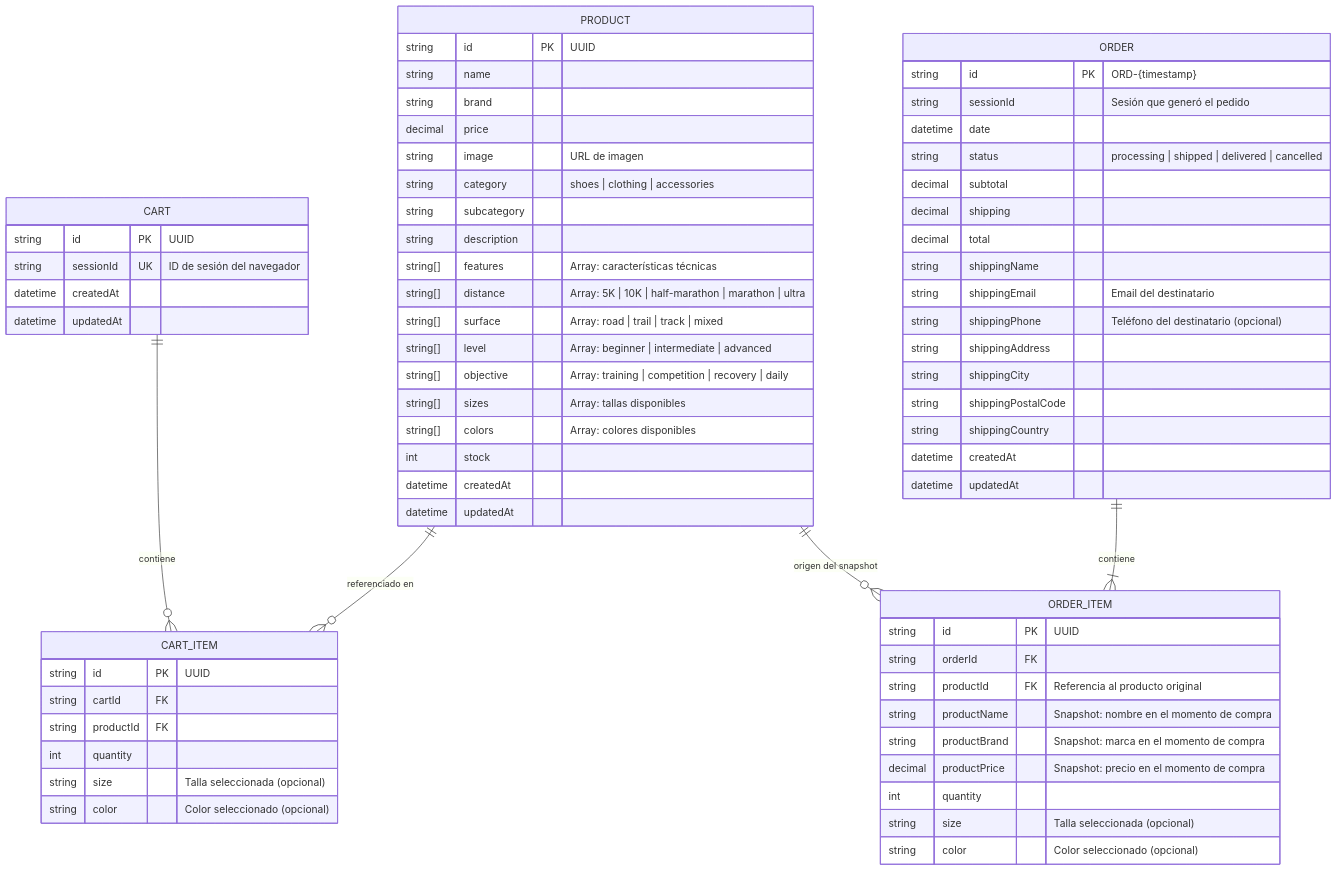
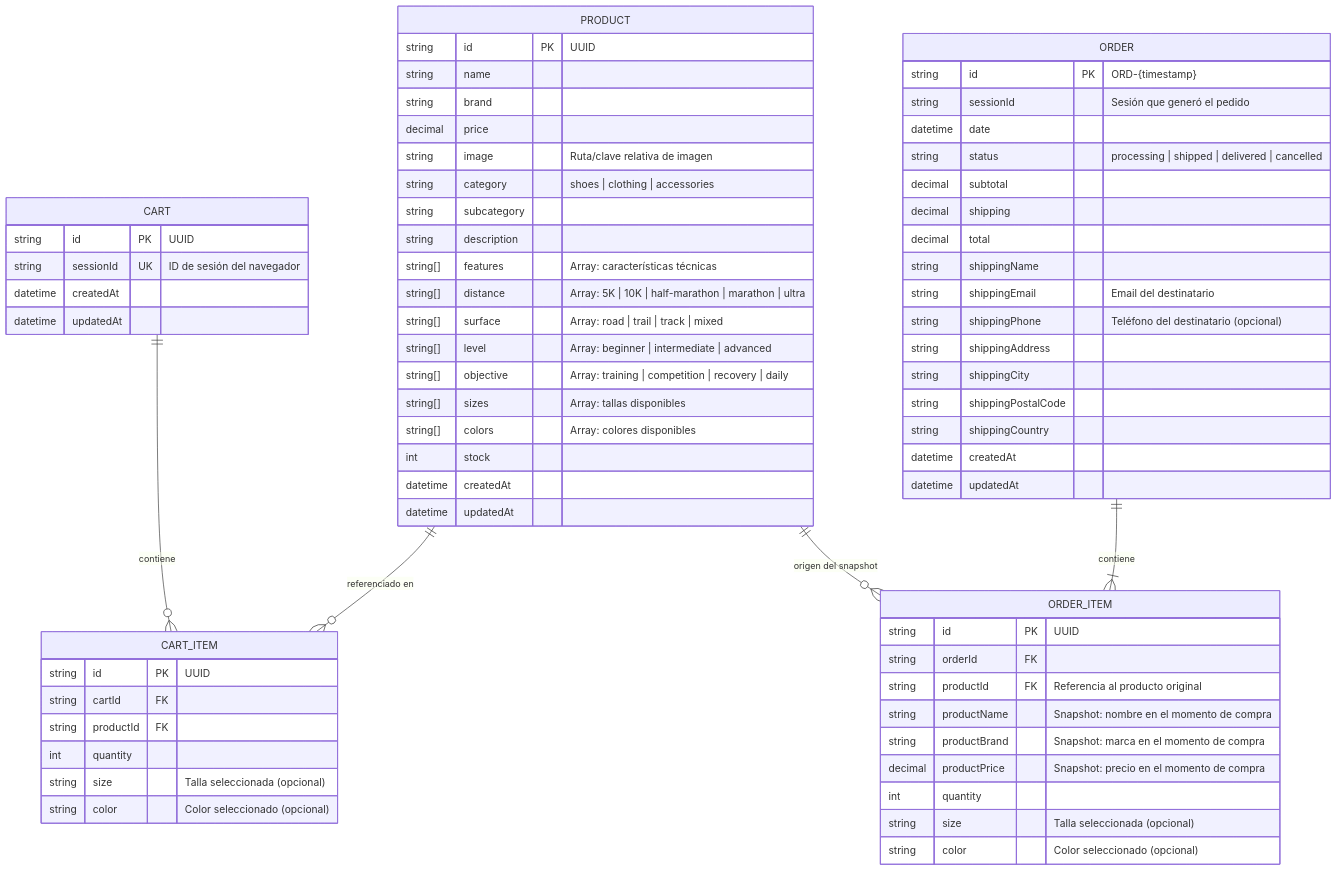
One commit to LIDR-academy/AI4Devs-finalproject changed the diagram in docs/DATA-MODEL.md. Above: the diagram before and after it, drawn with Mermaid. The commit also changed other lines of this file, not shown here.

Commit message:
docs(data-model): document relative image paths and ASSETS_BASE_URL resolution

````diff
--- a/docs/DATA-MODEL.md
+++ b/docs/DATA-MODEL.md
@@ -34,75 +34,75 @@
 ```mermaid
 erDiagram
     PRODUCT {
         string      id              PK  "UUID"
         string      name
         string      brand
         decimal     price
-        string      image               "URL de imagen"
+        string      image               "Ruta/clave relativa de imagen"
         string      category            "shoes | clothing | accessories"
         string      subcategory
         string      description
         string[]    features            "Array: características técnicas"
         string[]    distance            "Array: 5K | 10K | half-marathon | marathon | ultra"
         string[]    surface             "Array: road | trail | track | mixed"
         string[]    level               "Array: beginner | intermediate | advanced"
         string[]    objective           "Array: training | competition | recovery | daily"
         string[]    sizes               "Array: tallas disponibles"
         string[]    colors              "Array: colores disponibles"
         int         stock
         datetime    createdAt
         datetime    updatedAt
     }
 
     CART {
         string      id              PK  "UUID"
         string      sessionId       UK  "ID de sesión del navegador"
         datetime    createdAt
         datetime    updatedAt
     }
 
     CART_ITEM {
         string      id              PK  "UUID"
         string      cartId          FK
         string      productId       FK
         int         quantity
         string      size                "Talla seleccionada (opcional)"
         string      color               "Color seleccionado (opcional)"
     }
 
     ORDER {
         string      id              PK  "ORD-{timestamp}"
         string      sessionId           "Sesión que generó el pedido"
         datetime    date
         string      status              "processing | shipped | delivered | cancelled"
         decimal     subtotal
         decimal     shipping
         decimal     total
         string      shippingName
         string      shippingEmail       "Email del destinatario"
         string      shippingPhone       "Teléfono del destinatario (opcional)"
         string      shippingAddress
         string      shippingCity
         string      shippingPostalCode
         string      shippingCountry
         datetime    createdAt
         datetime    updatedAt
     }
 
     ORDER_ITEM {
         string      id              PK  "UUID"
         string      orderId         FK
         string      productId       FK  "Referencia al producto original"
         string      productName         "Snapshot: nombre en el momento de compra"
         string      productBrand        "Snapshot: marca en el momento de compra"
         decimal     productPrice        "Snapshot: precio en el momento de compra"
         int         quantity
         string      size                "Talla seleccionada (opcional)"
         string      color               "Color seleccionado (opcional)"
     }
 
     CART        ||--o{ CART_ITEM  : "contiene"
     PRODUCT     ||--o{ CART_ITEM  : "referenciado en"
     ORDER       ||--|{ ORDER_ITEM : "contiene"
     PRODUCT     ||--o{ ORDER_ITEM : "origen del snapshot"
 ```
````
